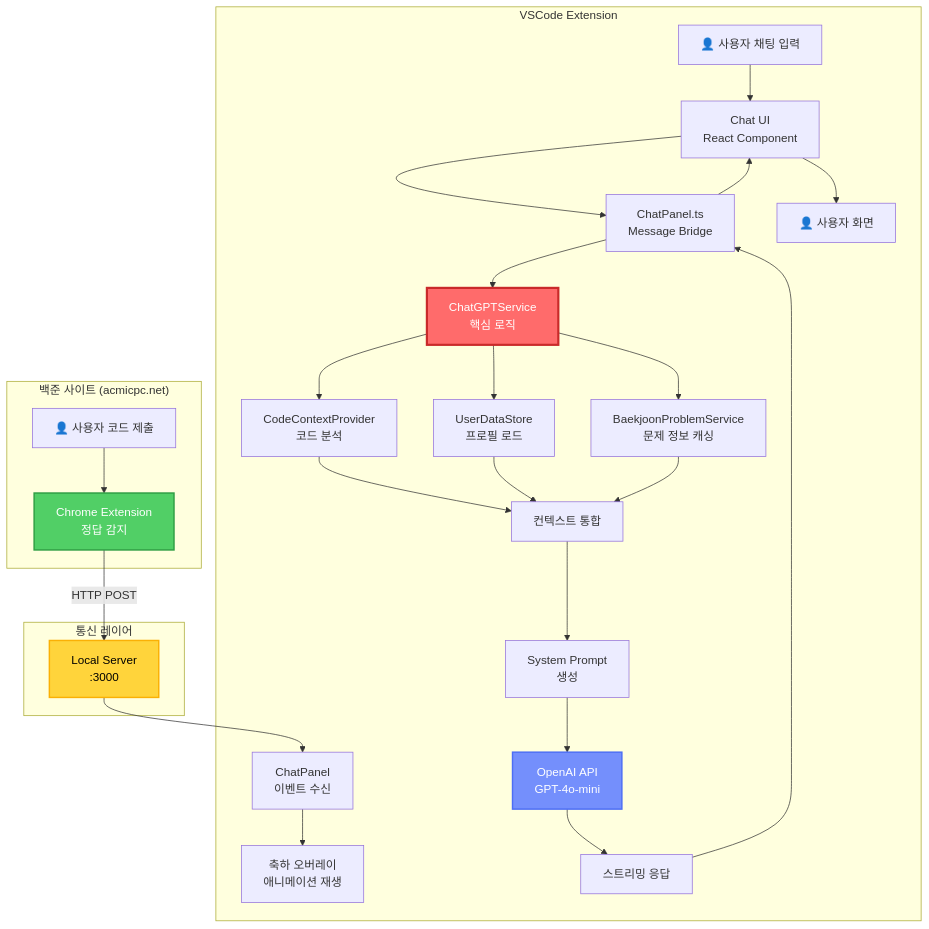
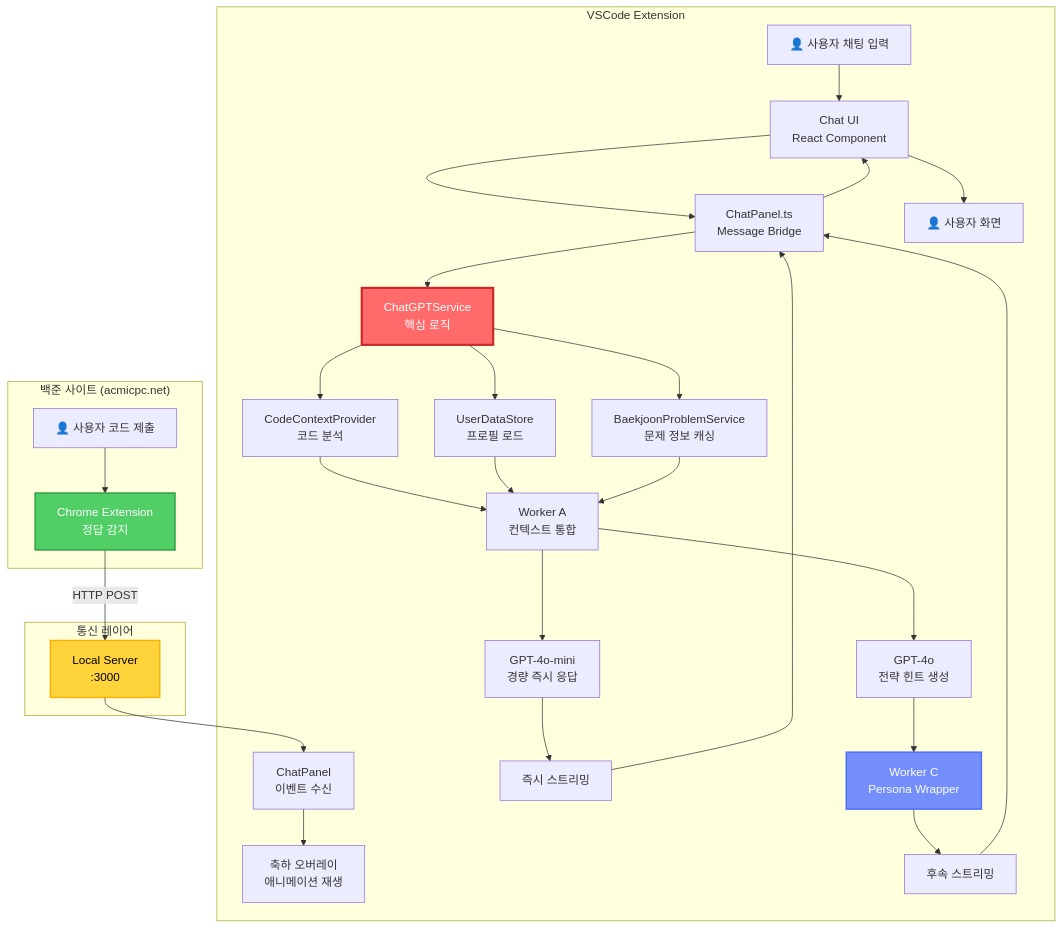
The diagram in README.md (vlackvan/anime-girlfriend), drawn with Mermaid before and after one commit. The commit also changed other lines of this file, not shown here.

````diff
--- a/README.md
+++ b/README.md
@@ -120,39 +142,42 @@
 ```mermaid
 graph TB
     subgraph "백준 사이트 (acmicpc.net)"
         A[👤 사용자 코드 제출] --> B[Chrome Extension<br/>정답 감지]
     end
 
     subgraph "통신 레이어"
         B -->|HTTP POST| C[Local Server<br/>:3000]
     end
 
     subgraph "VSCode Extension"
         C --> D[ChatPanel<br/>이벤트 수신]
         D --> E[축하 오버레이<br/>애니메이션 재생]
 
         F[👤 사용자 채팅 입력] --> G[Chat UI<br/>React Component]
         G --> H[ChatPanel.ts<br/>Message Bridge]
         H --> I[ChatGPTService<br/>핵심 로직]
 
         I --> J1[CodeContextProvider<br/>코드 분석]
         I --> J2[UserDataStore<br/>프로필 로드]
         I --> J3[BaekjoonProblemService<br/>문제 정보 캐싱]
 
-        J1 --> K[컨텍스트 통합]
+        J1 --> K[Worker A<br/>컨텍스트 통합]
         J2 --> K
         J3 --> K
 
-        K --> L[System Prompt<br/>생성]
-        L --> M[OpenAI API<br/>GPT-4o-mini]
-        M --> N[스트리밍 응답]
-        N --> H
+        K --> L1[GPT-4o-mini<br/>경량 즉시 응답]
+        K --> L2[GPT-4o<br/>전략 힌트 생성]
+        L1 --> N1[즉시 스트리밍]
+        L2 --> M[Worker C<br/>Persona Wrapper]
+        M --> N2[후속 스트리밍]
+        N1 --> H
+        N2 --> H
         H --> G
         G --> O[👤 사용자 화면]
     end
 
     style I fill:#ff6b6b,stroke:#c92a2a,stroke-width:3px,color:#fff
     style M fill:#748ffc,stroke:#4c6ef5,stroke-width:2px,color:#fff
     style B fill:#51cf66,stroke:#2f9e44,stroke-width:2px,color:#fff
     style C fill:#ffd43b,stroke:#fab005,stroke-width:2px,color:#000
 ```
````
